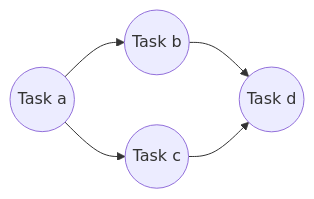
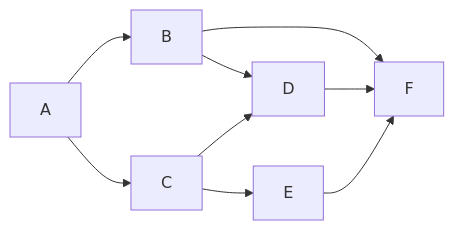
One commit to dagrs-dev/dagrs changed the third of 6 diagrams in README.md. Above: the diagram before and after it, drawn with Mermaid. The commit also changed other lines of this file and 2 other files, not shown here.

````diff
--- a/README.md
+++ b/README.md
@@ -122,4 +179,11 @@
 ```mermaid
-flowchart LR;
-	A((Task a))-->B;	A-->C;	B((Task b))-->D;	C((Task c))-->D((Task d));
+flowchart LR
+    A-->B
+    A-->C
+    B-->D
+    B-->F
+    C-->D
+    C-->E
+    D-->F
+    E-->F
 ```
````
